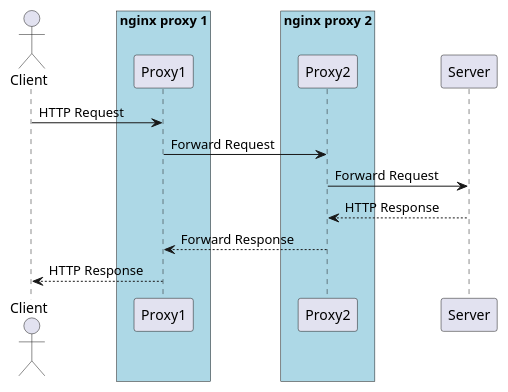
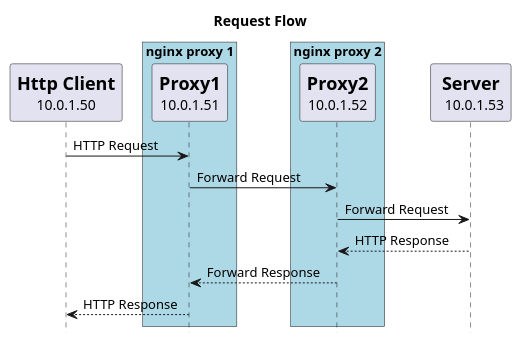
One commit to amyik/poc-request-header-of-proxy changed the diagram in diagram.puml. Above: the diagram before and after it, drawn with PlantUML. The commit also changed 1 other file, not shown here.

Commit message:
update sequence diagram

```diff
--- a/diagram.puml
+++ b/diagram.puml
@@ -1,17 +1,33 @@
 @startuml
-actor Client
+hide footbox
+title
+Request Flow
+end title
+participant Client [
+  = Http Client
+  10.0.1.50
+]
 box "nginx proxy 1" #LightBlue
-participant Proxy1
+participant Proxy1 [
+  = Proxy1
+  10.0.1.51
+]
 end box
 box "nginx proxy 2" #LightBlue
-participant Proxy2
+participant Proxy2 [
+  = Proxy2
+  10.0.1.52
+]
 end box
-participant Server
+participant Server [
+  = Server
+    10.0.1.53
+]
 
 Client -> Proxy1: HTTP Request
 Proxy1 -> Proxy2: Forward Request
 Proxy2 -> Server: Forward Request
 Server --> Proxy2: HTTP Response
 Proxy2 --> Proxy1: Forward Response
 Proxy1 --> Client: HTTP Response
 @enduml
```
